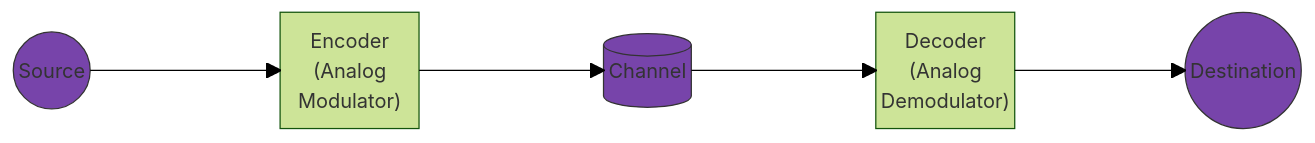
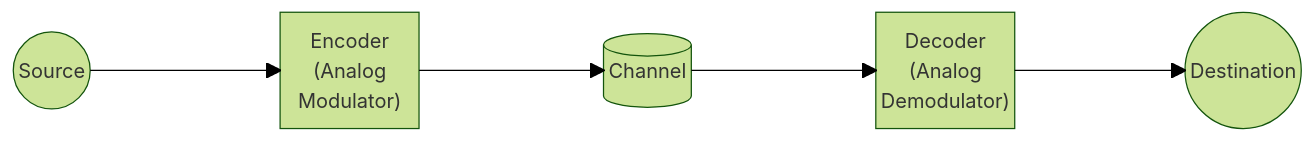
The first of 2 diagrams in EEE-161/Lecture-1.md (nic0-dev/Coding-Projects), drawn with Mermaid (forest theme) before and after one commit. The commit also changed 4 other files, not shown here.

Commit message:
Modified Mermaid Diagram

````diff
--- a/EEE-161/Lecture-1.md
+++ b/EEE-161/Lecture-1.md
@@ -17,15 +17,13 @@
 ```mermaid
 block-beta
     s(("Source"))
     space en["Encoder<br>(Analog<br>Modulator)"]
     space c[("Channel")]
     space de["Decoder<br>(Analog<br>Demodulator)"]
     space d(("Destination"))
     
-    s-->en en-->c c-->de de-->d
-
-    classDef color fill:#74A,stroke:#333;
-    class s color
-    class d color
-    class c color
+    s-->en
+    en-->c
+    c-->de
+    de-->d
 ```
````
